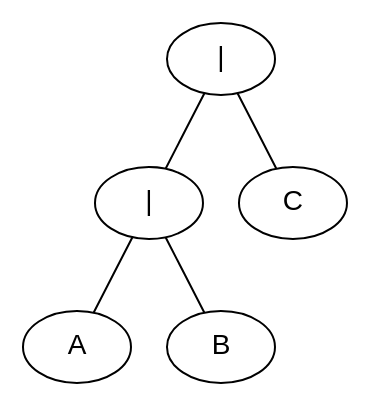
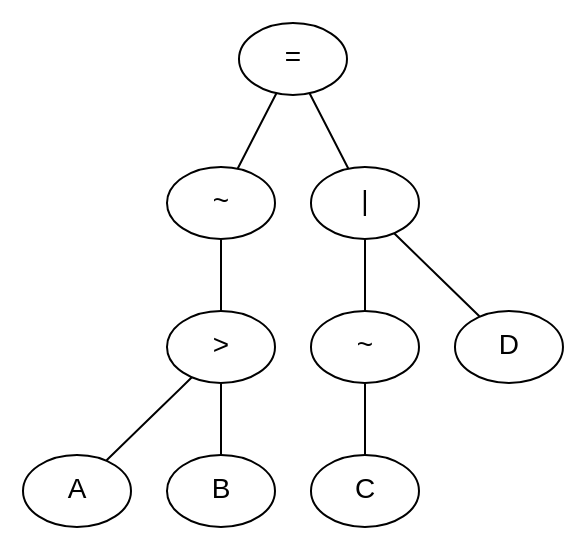
One commit to radityasurya/LogicaSimulator changed the diagram in LogicaSimulator/bin/Debug/abc.dot. Above: the diagram before and after it, drawn with Graphviz. The commit also changed 21 other files, not shown here.

```diff
--- a/LogicaSimulator/bin/Debug/abc.dot
+++ b/LogicaSimulator/bin/Debug/abc.dot
@@ -1,12 +1,20 @@
 graph logic {
 node [ fontname = "Arial" ]
-node1 [ label = " | " ]
+node1 [ label = " = " ]
 node1 -- node2
-node1 -- node5
-node2 [ label = " | " ]
+node1 -- node6
+node2 [ label = " ~ " ]
 node2 -- node3
-node2 -- node4
-node3 [ label = " A " ]
-node4 [ label = " B " ]
-node5 [ label = " C " ]
+node3 [ label = " > " ]
+node3 -- node4
+node3 -- node5
+node4 [ label = " A " ]
+node5 [ label = " B " ]
+node6 [ label = " | " ]
+node6 -- node7
+node6 -- node9
+node7 [ label = " ~ " ]
+node7 -- node8
+node8 [ label = " C " ]
+node9 [ label = " D " ]
 }
```
